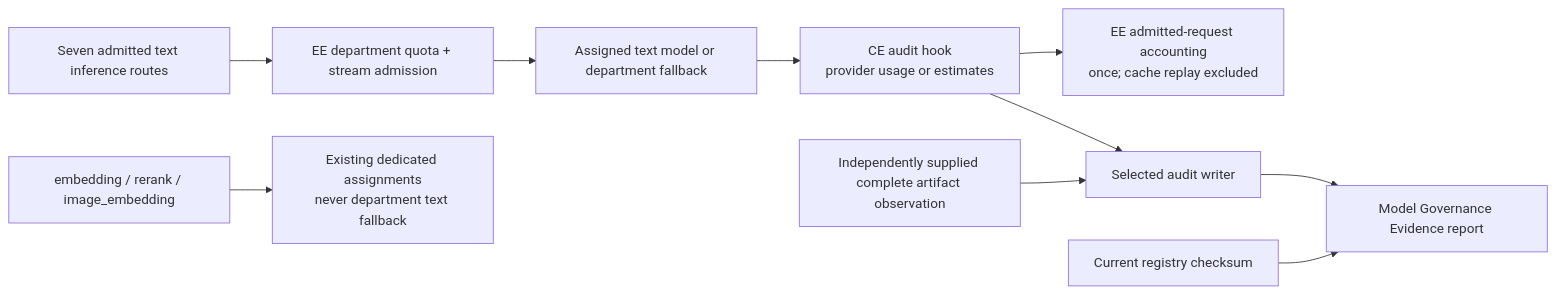
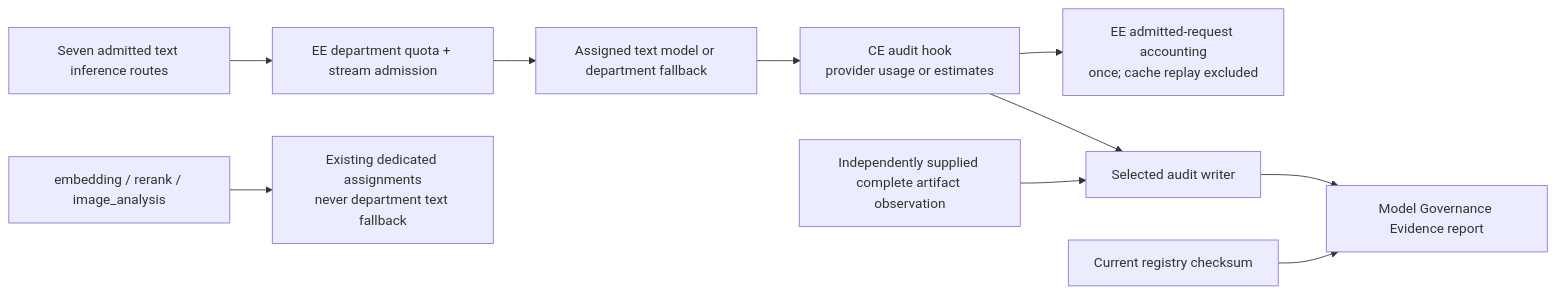
The fifth of 5 diagrams in docs/architecture/10-flow-enterprise-license.md (Compendiq/compendiq-ce), drawn with Mermaid before and after one commit. The commit also changed 184 other files, not shown here.

First line of the commit message:
feat!: retire the image-embedding path (#1618) (#1634)

````diff
--- a/docs/architecture/10-flow-enterprise-license.md
+++ b/docs/architecture/10-flow-enterprise-license.md
@@ -179,12 +179,12 @@
 ```mermaid
 flowchart LR
     routes["Seven admitted text inference routes"] --> quota["EE department quota + stream admission"]
     quota --> text["Assigned text model or department fallback"]
-    retrieval["embedding / rerank / image_embedding"] --> assigned["Existing dedicated assignments<br/>never department text fallback"]
+    retrieval["embedding / rerank / image_analysis"] --> assigned["Existing dedicated assignments<br/>never department text fallback"]
     text --> audit["CE audit hook<br/>provider usage or estimates"]
     audit --> persist["Selected audit writer"]
     audit --> meter["EE admitted-request accounting<br/>once; cache replay excluded"]
     persist --> evidence["Model Governance Evidence report"]
     observed["Independently supplied complete artifact observation"] --> persist
     registry["Current registry checksum"] --> evidence
 ```
````
